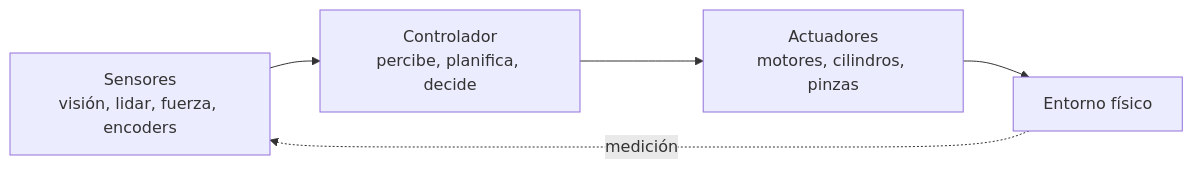
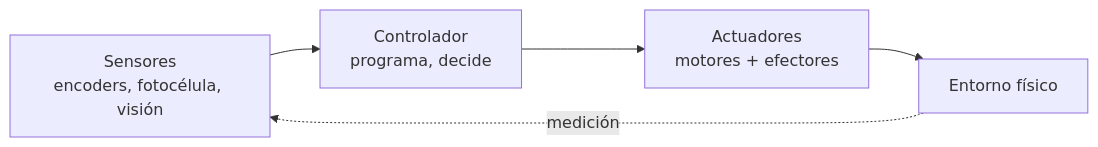
Before and after one commit to jmperez-profesor/mia: the first of 3 diagrams in docs/bloques/B04_RA4/apuntes.md, drawn with Mermaid. The commit also changed other lines of this file and 17 other files, not shown here.

````diff
--- a/docs/bloques/B04_RA4/apuntes.md
+++ b/docs/bloques/B04_RA4/apuntes.md
@@ -62,7 +29,7 @@
 ```mermaid
 flowchart LR
-    S[Sensores<br/>visión, lidar, fuerza, encoders] --> C[Controlador<br/>percibe, planifica, decide]
-    C --> A[Actuadores<br/>motores, cilindros, pinzas]
+    S[Sensores<br/>encoders, fotocélula, visión] --> C[Controlador<br/>programa, decide]
+    C --> A[Actuadores<br/>motores + efectores]
     A --> E[Entorno físico]
     E -. medición .-> S
 ```
````
